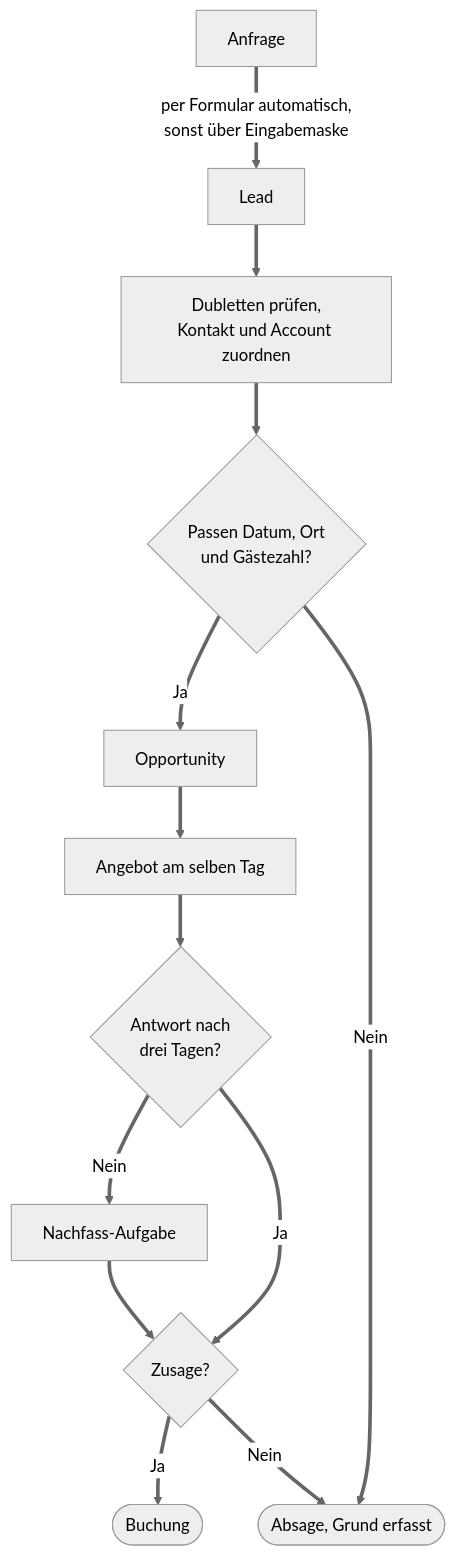
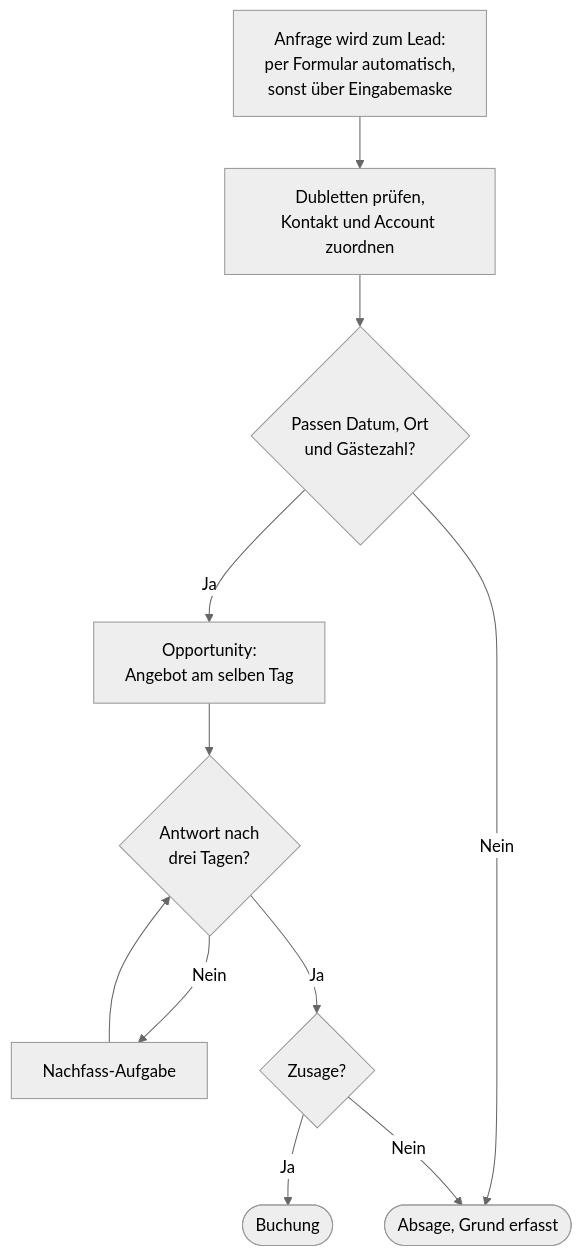
One commit to abdallahaneed/crm-fachkonzept changed the diagram in diagrams/prozess.mmd. Above: the diagram before and after it, drawn with Mermaid (neutral theme). The commit also changed 10 other files, not shown here.

Commit message:
Diagramme: Standardpfeile, Prozess quer, Render-Skript

```diff
--- a/diagrams/prozess.mmd
+++ b/diagrams/prozess.mmd
@@ -1,13 +1,11 @@
 flowchart TD
-  A[Anfrage] ==>|per Formular automatisch,<br/>sonst über Eingabemaske| B[Lead]
-  B ==> C[Dubletten prüfen,<br/>Kontakt und Account zuordnen]
-  C ==> D{Passen Datum, Ort<br/>und Gästezahl?}
-  D ==>|Ja| E[Opportunity]
-  D ==>|Nein| J([Absage, Grund erfasst])
-  E ==> F[Angebot am selben Tag]
-  F ==> G{Antwort nach<br/>drei Tagen?}
-  G ==>|Nein| H[Nachfass-Aufgabe]
-  H ==> K
-  G ==>|Ja| K{Zusage?}
-  K ==>|Ja| I([Buchung])
-  K ==>|Nein| J
+  A[Anfrage wird zum Lead:<br/>per Formular automatisch,<br/>sonst über Eingabemaske] --> C[Dubletten prüfen,<br/>Kontakt und Account zuordnen]
+  C --> D{Passen Datum, Ort<br/>und Gästezahl?}
+  D -->|Ja| E[Opportunity:<br/>Angebot am selben Tag]
+  D -->|Nein| J([Absage, Grund erfasst])
+  E --> G{Antwort nach<br/>drei Tagen?}
+  G -->|Nein| H[Nachfass-Aufgabe]
+  H --> G
+  G -->|Ja| K{Zusage?}
+  K -->|Ja| I([Buchung])
+  K -->|Nein| J
```
